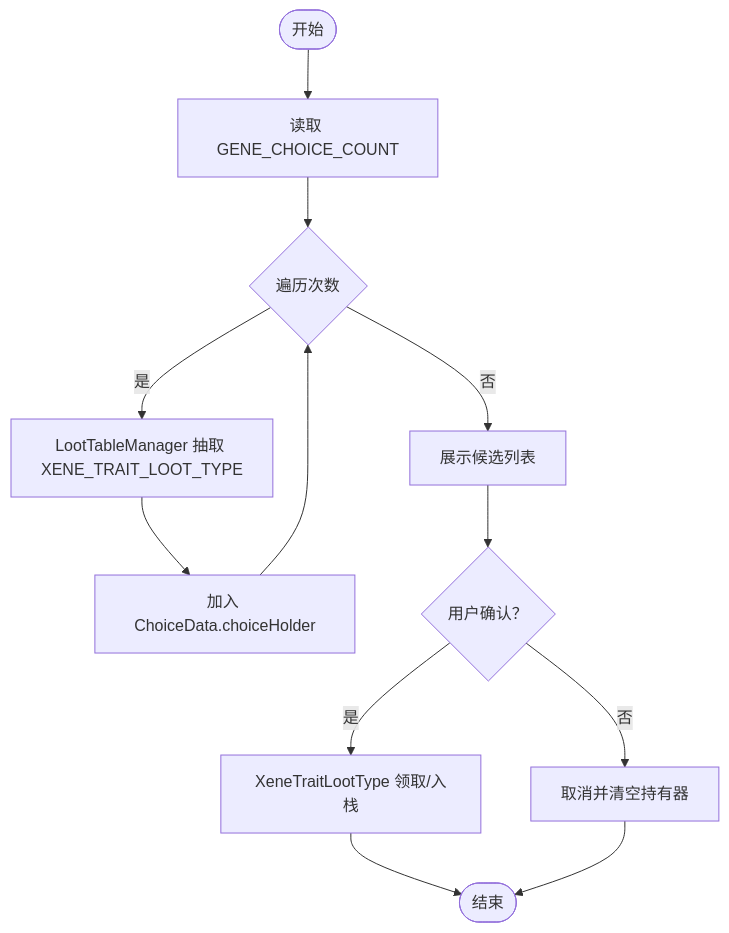
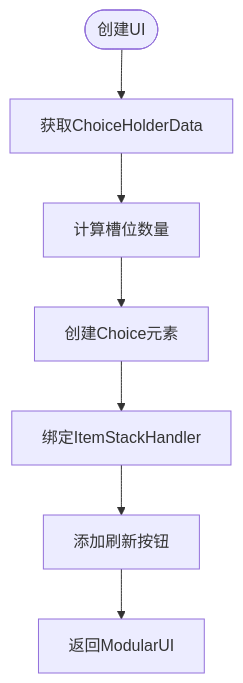
The fifth of 6 diagrams in .qoder/repowiki/zh/content/API参考文档/BiotechAPI核心接口/基因选择管理.md (Ver-shift/SubModulesGeneHunter), drawn with Mermaid before and after one commit. The commit also changed other lines of this file and 42 other files, not shown here.

````diff
--- a/.qoder/repowiki/zh/content/API参考文档/BiotechAPI核心接口/基因选择管理.md
+++ b/.qoder/repowiki/zh/content/API参考文档/BiotechAPI核心接口/基因选择管理.md
@@ -241,14 +255,9 @@
 ```mermaid
 flowchart TD
-Start(["开始"]) --> ReadAttr["读取 GENE_CHOICE_COUNT"]
-ReadAttr --> Loop{"遍历次数"}
-Loop --> |是| Roll["LootTableManager 抽取 XENE_TRAIT_LOOT_TYPE"]
-Roll --> Store["加入 ChoiceData.choiceHolder"]
-Store --> Loop
-Loop --> |否| UI["展示候选列表"]
-UI --> Confirm{"用户确认？"}
-Confirm --> |是| Claim["XeneTraitLootType 领取/入栈"]
-Confirm --> |否| Cancel["取消并清空持有器"]
-Claim --> End(["结束"])
-Cancel --> End
+Start(["创建UI"]) --> GetHolder["获取ChoiceHolderData"]
+GetHolder --> CalcSlots["计算槽位数量"]
+CalcSlots --> CreateSlots["创建Choice元素"]
+CreateSlots --> BindSlots["绑定ItemStackHandler"]
+BindSlots --> AddButton["添加刷新按钮"]
+AddButton --> ReturnUI["返回ModularUI"]
 ```
````
